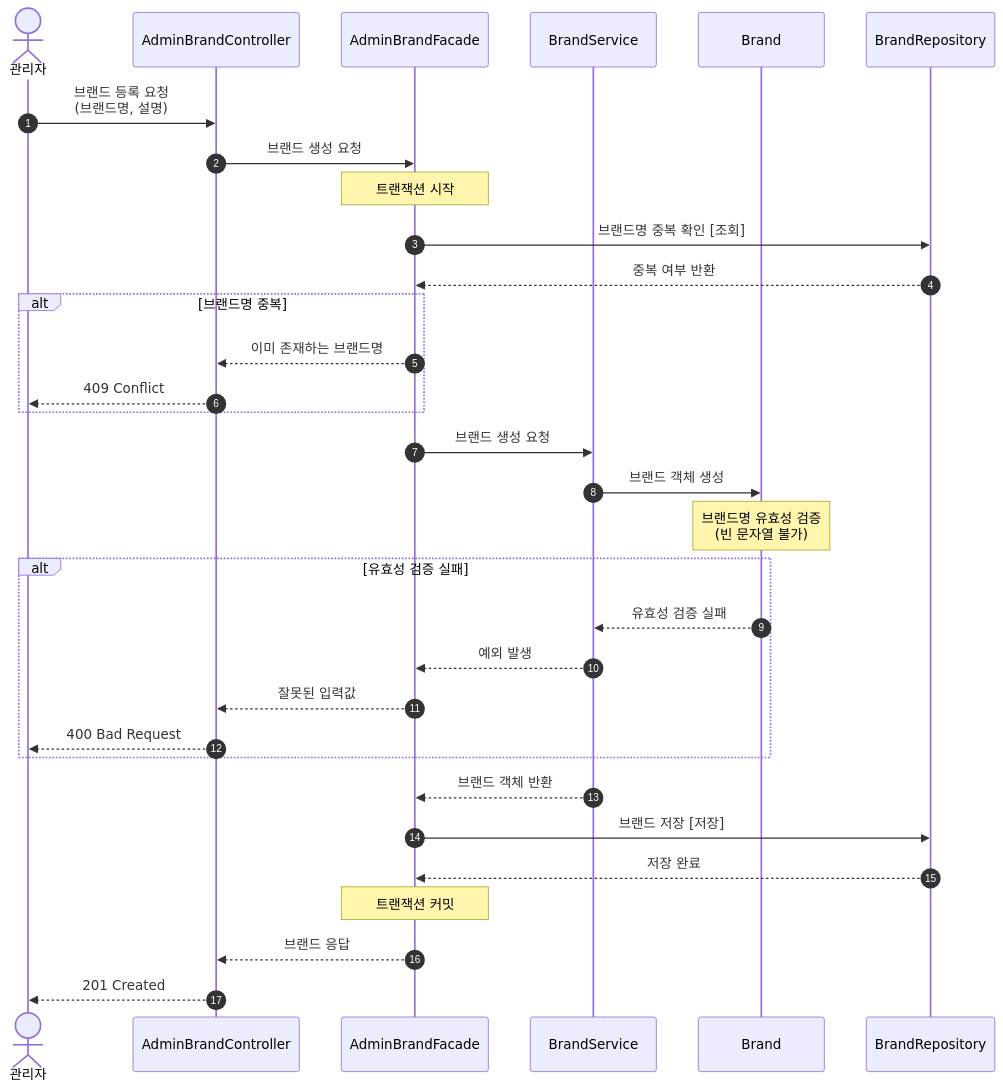
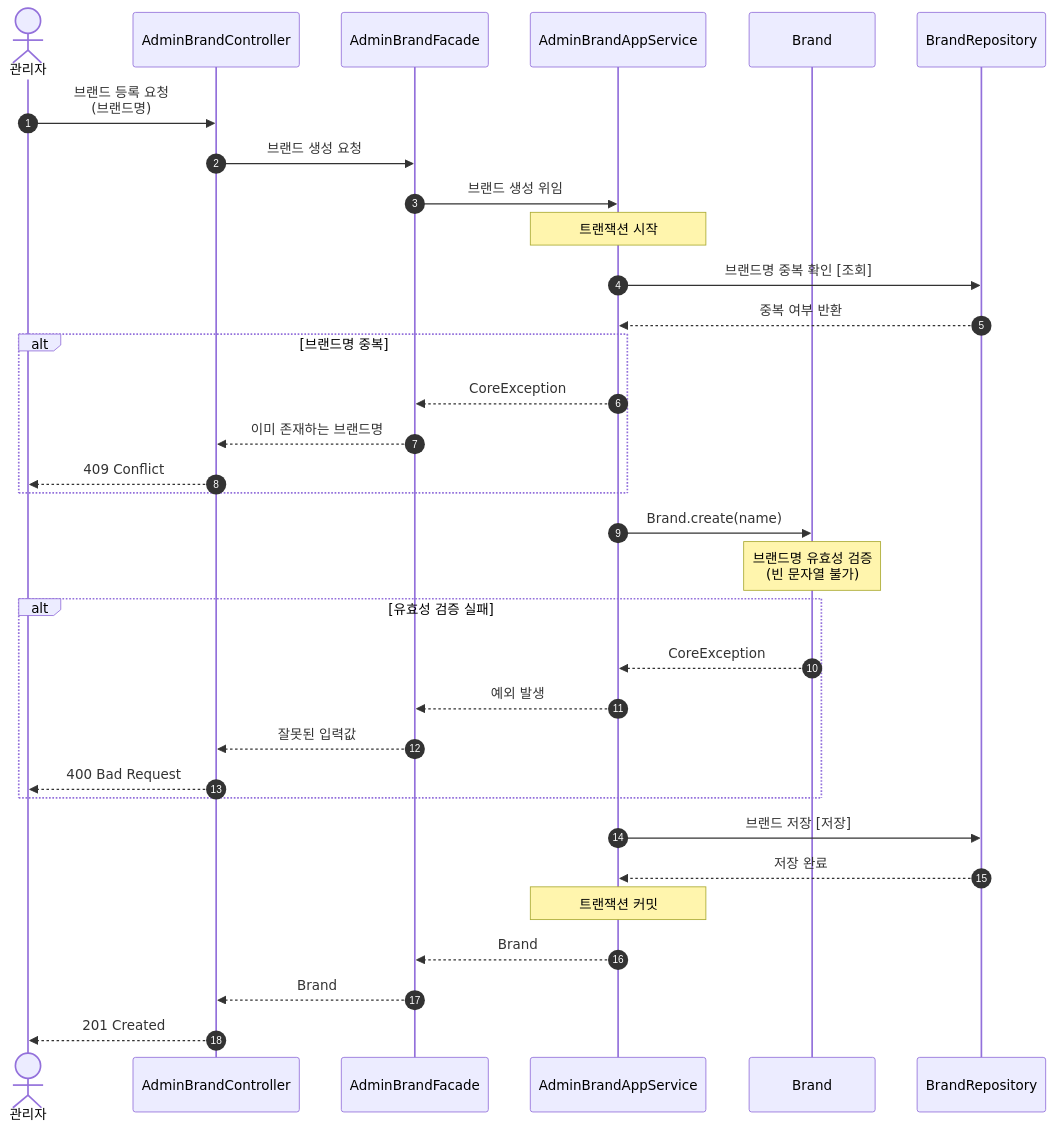
One commit to Loopers-dev-lab/loop-pack-be-l2-vol3-java changed the first of 14 diagrams in docs/design/02-sequence-diagrams.md. Above: the diagram before and after it, drawn with Mermaid. The commit also changed other lines of this file and 2 other files, not shown here.

````diff
--- a/docs/design/02-sequence-diagrams.md
+++ b/docs/design/02-sequence-diagrams.md
@@ -85,44 +92,45 @@
 ```mermaid
 sequenceDiagram
     autonumber
     actor 관리자
     participant Controller as AdminBrandController
     participant Facade as AdminBrandFacade
-    participant Service as BrandService
+    participant AppService as AdminBrandAppService
     participant Domain as Brand
     participant Repository as BrandRepository
 
-    관리자->>Controller: 브랜드 등록 요청<br/>(브랜드명, 설명)
+    관리자->>Controller: 브랜드 등록 요청<br/>(브랜드명)
     Controller->>Facade: 브랜드 생성 요청
+    Facade->>AppService: 브랜드 생성 위임
 
-    Note over Facade: 트랜잭션 시작
+    Note over AppService: 트랜잭션 시작
 
     %% 1. 브랜드명 중복 검사
-    Facade->>Repository: 브랜드명 중복 확인 [조회]
-    Repository-->>Facade: 중복 여부 반환
+    AppService->>Repository: 브랜드명 중복 확인 [조회]
+    Repository-->>AppService: 중복 여부 반환
     alt 브랜드명 중복
+        AppService-->>Facade: CoreException
         Facade-->>Controller: 이미 존재하는 브랜드명
         Controller-->>관리자: 409 Conflict
     end
 
     %% 2. 도메인 객체 생성 및 유효성 검증
-    Facade->>Service: 브랜드 생성 요청
-    Service->>Domain: 브랜드 객체 생성
+    AppService->>Domain: Brand.create(name)
     Note over Domain: 브랜드명 유효성 검증<br/>(빈 문자열 불가)
     alt 유효성 검증 실패
-        Domain-->>Service: 유효성 검증 실패
-        Service-->>Facade: 예외 발생
+        Domain-->>AppService: CoreException
+        AppService-->>Facade: 예외 발생
         Facade-->>Controller: 잘못된 입력값
         Controller-->>관리자: 400 Bad Request
     end
-    Service-->>Facade: 브랜드 객체 반환
 
     %% 3. 저장
-    Facade->>Repository: 브랜드 저장 [저장]
-    Repository-->>Facade: 저장 완료
+    AppService->>Repository: 브랜드 저장 [저장]
+    Repository-->>AppService: 저장 완료
 
-    Note over Facade: 트랜잭션 커밋
+    Note over AppService: 트랜잭션 커밋
 
-    Facade-->>Controller: 브랜드 응답
+    AppService-->>Facade: Brand
+    Facade-->>Controller: Brand
     Controller-->>관리자: 201 Created
 ```
````
